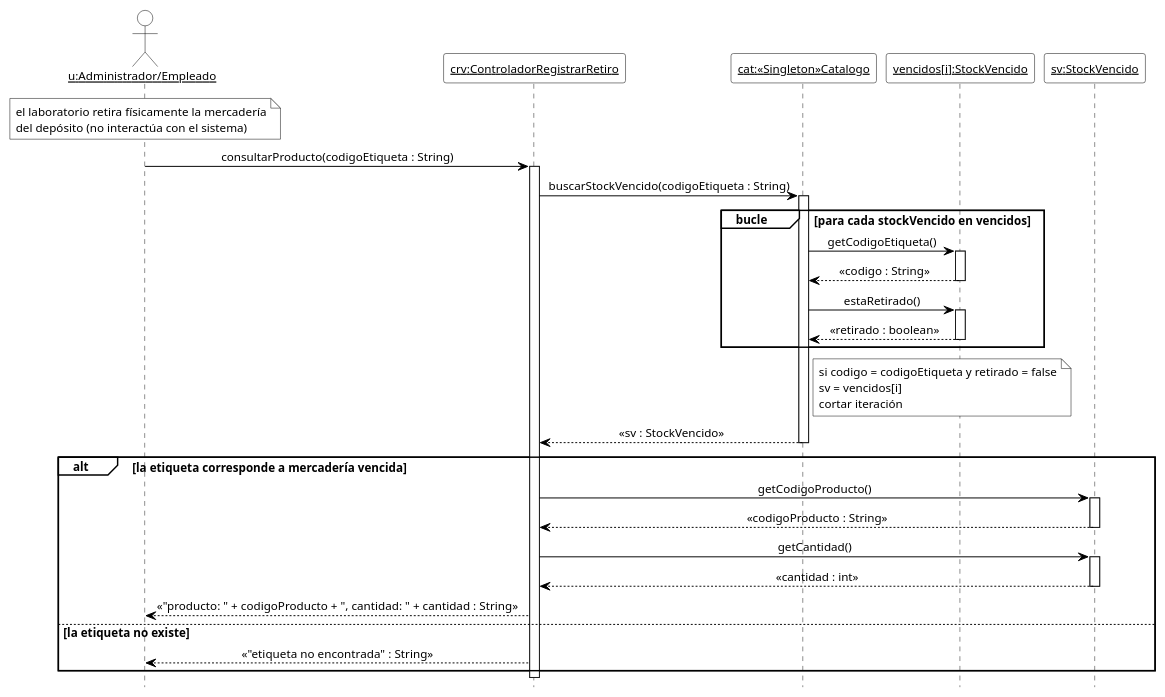
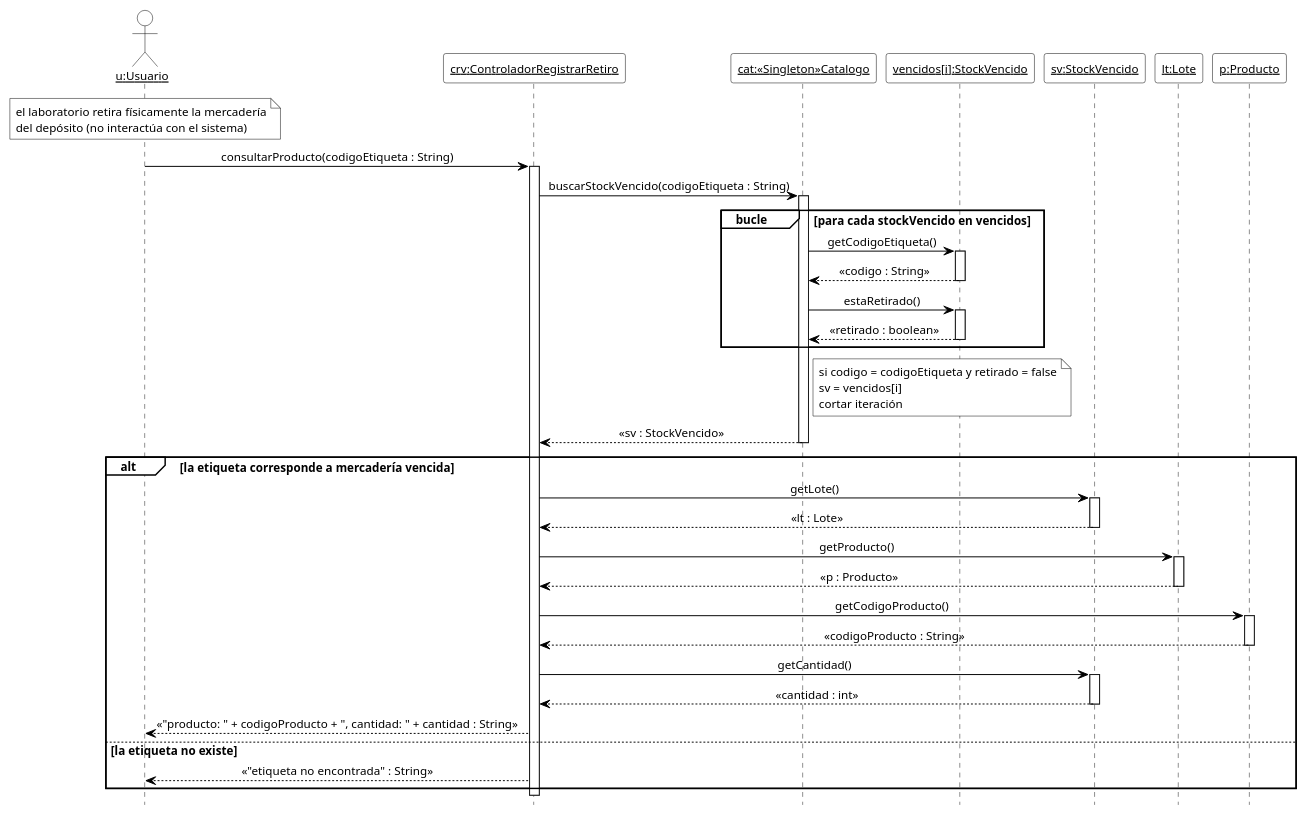
Before and after one commit to cirotop/Stock-Project: diagram 14 of 18 in 08-Diagrama De Secuencia/Diagramas_de_Secuencia.md, drawn with PlantUML. The commit also changed other lines of this file and 36 other files, not shown here.

````diff
--- a/08-Diagrama De Secuencia/Diagramas_de_Secuencia.md
+++ b/08-Diagrama De Secuencia/Diagramas_de_Secuencia.md
@@ -955,58 +955,64 @@
 ```plantuml
 @startuml DSD_CU-07_consultarProducto
 ' Diagrama de Secuencia de Diseño (DSD) - CU-07 Registrar retiro de mercadería vencida - consultarProducto
 ' Estilo de los ejemplos de la teoría (introducirArticulo / crearNuevaVenta).
 hide footbox
 skinparam shadowing false
 skinparam defaultFontName Arial
 skinparam defaultFontSize 12
 skinparam sequenceMessageAlign center
 skinparam ArrowColor black
 skinparam ParticipantBackgroundColor white
 skinparam ParticipantBorderColor black
 skinparam CollectionsBackgroundColor white
 skinparam CollectionsBorderColor black
 skinparam ActorBackgroundColor white
 skinparam ActorBorderColor black
 skinparam LifeLineBorderColor black
 skinparam LifeLineBackgroundColor white
 skinparam SequenceGroupBackgroundColor white
 skinparam SequenceGroupBorderColor black
 skinparam SequenceGroupHeaderFontColor black
 skinparam NoteBackgroundColor white
 skinparam NoteBorderColor black
 
-actor "<u>u:Administrador/Empleado</u>" as u
+actor "<u>u:Usuario</u>" as u
 participant "<u>crv:ControladorRegistrarRetiro</u>" as crv
 participant "<u>cat:«Singleton»Catalogo</u>" as cat
 participant "<u>vencidos[i]:StockVencido</u>" as vi
 participant "<u>sv:StockVencido</u>" as sv
+participant "<u>lt:Lote</u>" as lt
+participant "<u>p:Producto</u>" as p
 
 note over u : el laboratorio retira físicamente la mercadería\ndel depósito (no interactúa con el sistema)
 u -> crv ++ : consultarProducto(codigoEtiqueta : String)
 crv -> cat ++ : buscarStockVencido(codigoEtiqueta : String)
 group bucle [para cada stockVencido en vencidos]
   cat -> vi ++ : getCodigoEtiqueta()
   vi --> cat -- : «codigo : String»
   cat -> vi ++ : estaRetirado()
   vi --> cat -- : «retirado : boolean»
 end
 note right of cat
   si codigo = codigoEtiqueta y retirado = false
   sv = vencidos[i]
   cortar iteración
 end note
 cat --> crv -- : «sv : StockVencido»
 alt la etiqueta corresponde a mercadería vencida
-  crv -> sv ++ : getCodigoProducto()
-  sv --> crv -- : «codigoProducto : String»
+  crv -> sv ++ : getLote()
+  sv --> crv -- : «lt : Lote»
+  crv -> lt ++ : getProducto()
+  lt --> crv -- : «p : Producto»
+  crv -> p ++ : getCodigoProducto()
+  p --> crv -- : «codigoProducto : String»
   crv -> sv ++ : getCantidad()
   sv --> crv -- : «cantidad : int»
   crv --> u : «"producto: " + codigoProducto + ", cantidad: " + cantidad : String»
 else la etiqueta no existe
   crv --> u : «"etiqueta no encontrada" : String»
 end
 deactivate crv
 
 @enduml
 ```
````
